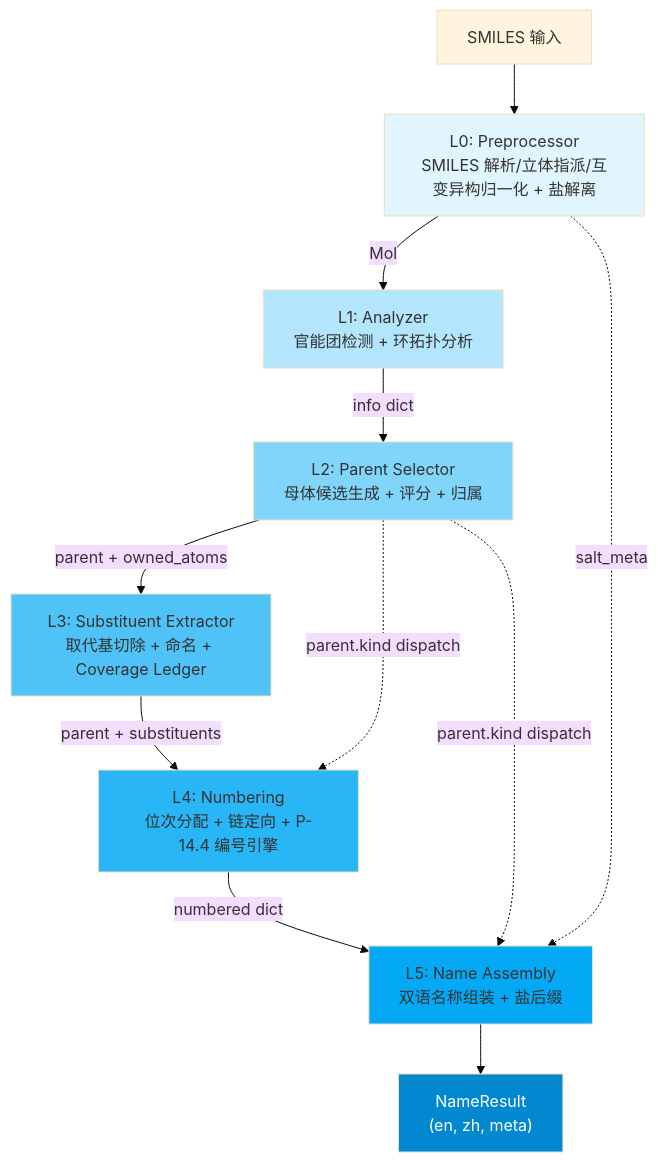
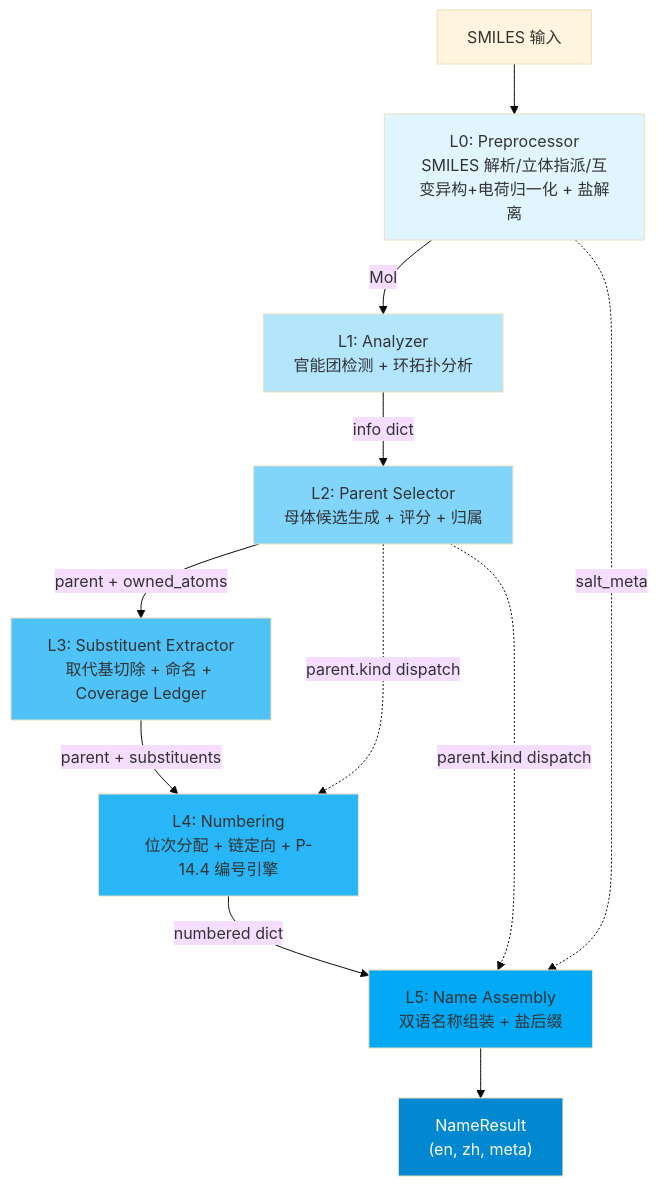
The diagram in docs/wiki/architecture/overview.md (zouxiaofei1/OpenSMILES), drawn with Mermaid (base theme) before and after one commit. The commit also changed other lines of this file and 13 other files, not shown here.

````diff
--- a/docs/wiki/architecture/overview.md
+++ b/docs/wiki/architecture/overview.md
@@ -31,22 +31,22 @@
 ```mermaid
 flowchart TD
-    SMILES["SMILES 输入"] --> L0["L0: Preprocessor<br/>SMILES 解析/立体指派/互变异构归一化 + 盐解离"]
+    SMILES["SMILES 输入"] --> L0["L0: Preprocessor<br/>SMILES 解析/立体指派/互变异构+电荷归一化 + 盐解离"]
     L0 -->|Mol| L1["L1: Analyzer<br/>官能团检测 + 环拓扑分析"]
     L1 -->|info dict| L2["L2: Parent Selector<br/>母体候选生成 + 评分 + 归属"]
     L2 -->|parent + owned_atoms| L3["L3: Substituent Extractor<br/>取代基切除 + 命名 + Coverage Ledger"]
     L3 -->|parent + substituents| L4["L4: Numbering<br/>位次分配 + 链定向 + P-14.4 编号引擎"]
     L4 -->|numbered dict| L5["L5: Name Assembly<br/>双语名称组装 + 盐后缀"]
     L5 --> R["NameResult<br/>(en, zh, meta)"]
 
     L0 -.->|salt_meta| L5
     L2 -.->|parent.kind dispatch| L4
     L2 -.->|parent.kind dispatch| L5
 
     style L0 fill:#e1f5fe
     style L1 fill:#b3e5fc
     style L2 fill:#81d4fa
     style L3 fill:#4fc3f7
     style L4 fill:#29b6f6
     style L5 fill:#03a9f4
     style R fill:#0288d1,color:#fff
 ```
````
